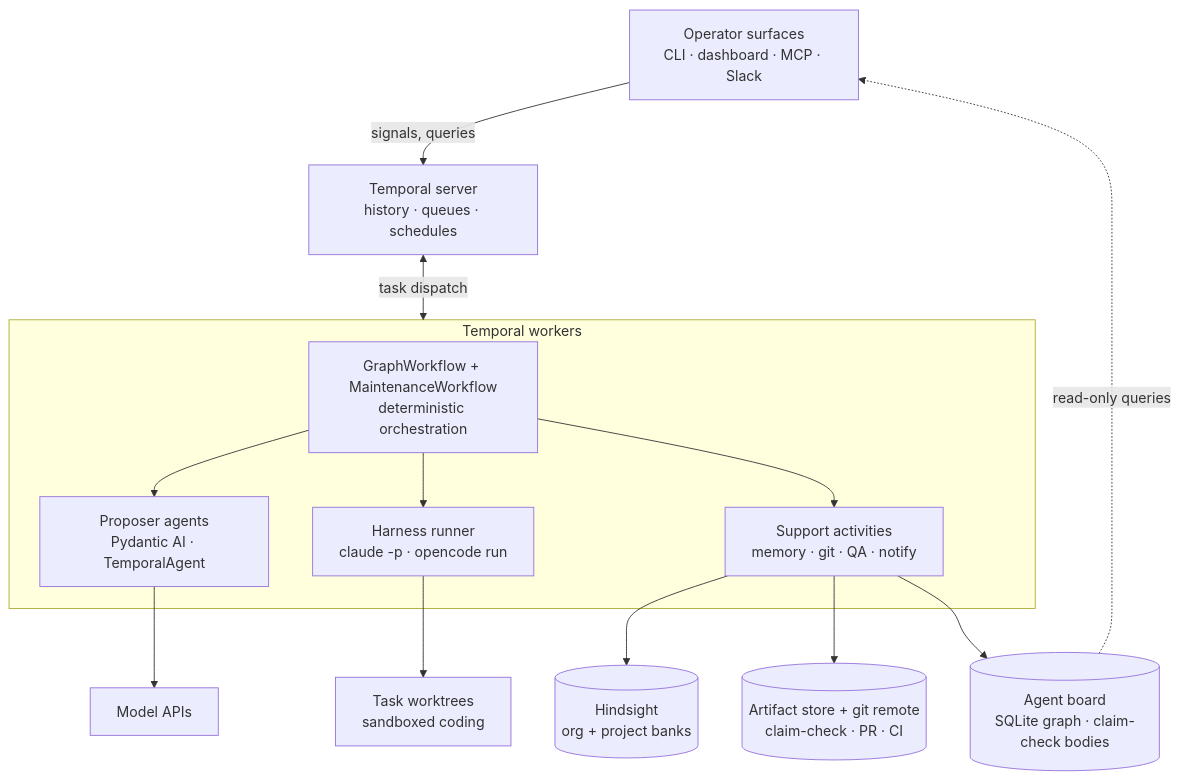
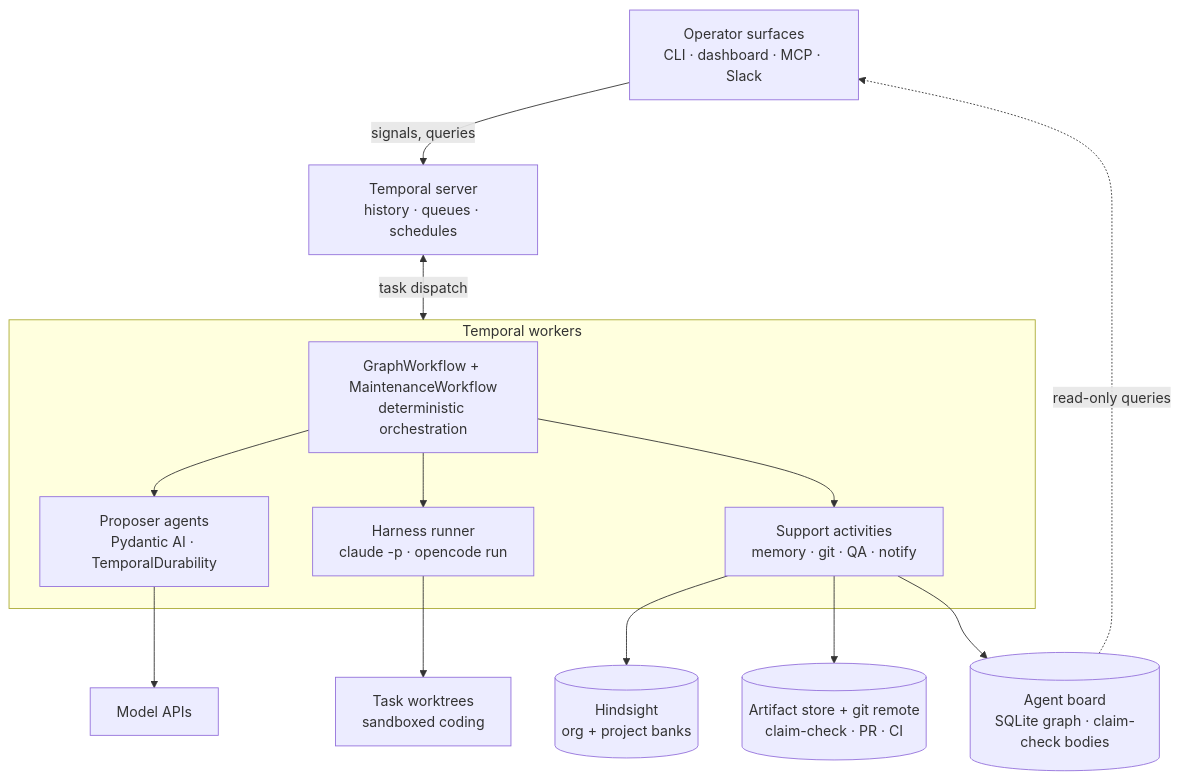
One commit to Kit-Kroker/Kroker changed the first of 3 diagrams in ARCHITECTURE.md. Above: the diagram before and after it, drawn with Mermaid. The commit also changed other lines of this file and 17 other files, not shown here.

First line of the commit message:
docs(agents): living docs name TemporalDurability as the mechanism (003 phase 6)

````diff
--- a/ARCHITECTURE.md
+++ b/ARCHITECTURE.md
@@ -30,19 +30,19 @@
 ```mermaid
 flowchart TB
     OP[Operator surfaces<br/>CLI · dashboard · MCP · Slack] -->|signals, queries| TS[Temporal server<br/>history · queues · schedules]
     TS <-->|task dispatch| W
 
     subgraph W[Temporal workers]
         FW[GraphWorkflow + MaintenanceWorkflow<br/>deterministic orchestration]
-        FW --> PA[Proposer agents<br/>Pydantic AI · TemporalAgent]
+        FW --> PA[Proposer agents<br/>Pydantic AI · TemporalDurability]
         FW --> HR[Harness runner<br/>claude -p · opencode run]
         FW --> SA[Support activities<br/>memory · git · QA · notify]
     end
 
     HR --> WT[Task worktrees<br/>sandboxed coding]
     SA --> HS[(Hindsight<br/>org + project banks)]
     SA --> AR[(Artifact store + git remote<br/>claim-check · PR · CI)]
     SA --> BD[(Agent board<br/>SQLite graph · claim-check bodies)]
     BD -.->|read-only queries| OP
     PA --> LLM[Model APIs]
 ```
````
